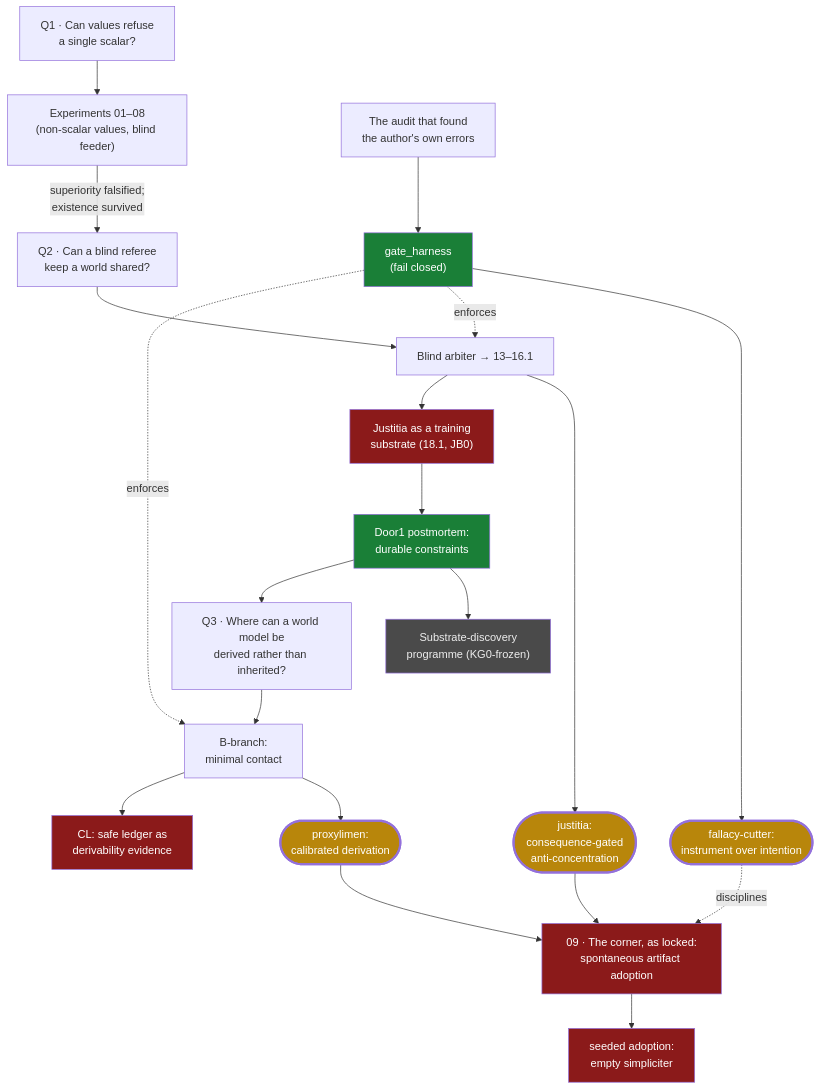
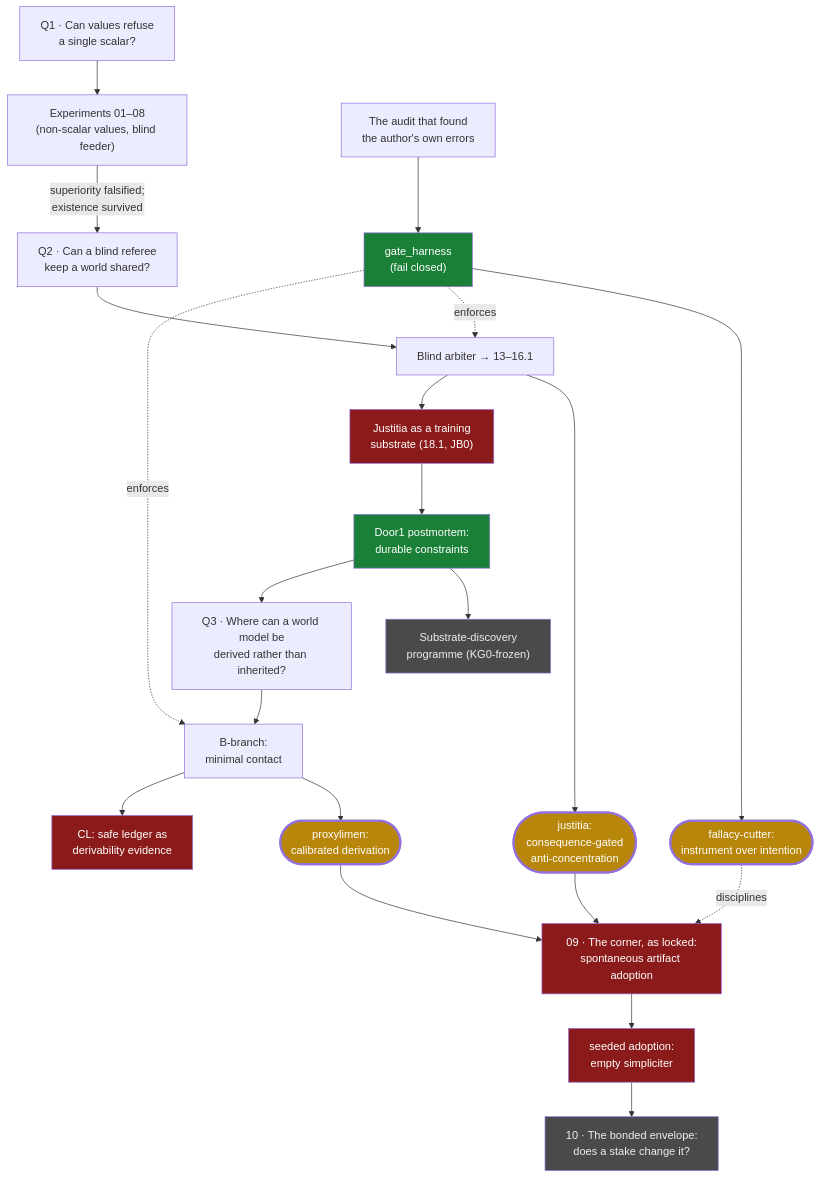
One commit to Kirill-Kruglov/ascesis changed the diagram in README.md. Above: the diagram before and after it, drawn with Mermaid. The commit also changed other lines of this file and 1 other file, not shown here.

Commit message:
Open line 10: the bonded envelope
Line 09's honest remainder becomes the next question: a free promise is
information about nothing; a stake is information about the future, posted in
a currency the future can confiscate. Anti-Shylock design constraints
(fungible, proportional, survivable, mechanical, forfeit destroyed), a Spence
arm (price without the knife), and a first-class concentration guard: if trust
can be bought, the wealthy buy it. Kill locked before any run: if verified
stakes at both levels neither recover parity nor improve held-out specificity,
this node turns red. Recorded grey before the first run, per the forge's rule.

````diff
--- a/README.md
+++ b/README.md
@@ -22,27 +22,28 @@
 ```mermaid
 flowchart TD
     classDef verified fill:#1a7f37,color:#fff
     classDef falsified fill:#8b1a1a,color:#fff
     classDef open fill:#4a4a4a,color:#eee
     classDef concl fill:#b8860b,color:#fff,stroke-width:3px
 
     Q1["Q1 · Can values refuse<br/>a single scalar?"] --> E["Experiments 01–08<br/>(non-scalar values, blind feeder)"]
     E -->|"superiority falsified;<br/>existence survived"| Q2["Q2 · Can a blind referee<br/>keep a world shared?"]
     Q2 --> J["Blind arbiter → 13–16.1"]
     J --> JC(["justitia:<br/>consequence-gated<br/>anti-concentration"]):::concl
     J --> S["Justitia as a training<br/>substrate (18.1, JB0)"]:::falsified
     S --> D1["Door1 postmortem:<br/>durable constraints"]:::verified
     D1 --> SD["Substrate-discovery<br/>programme (KG0-frozen)"]:::open
     D1 --> Q3["Q3 · Where can a world model be<br/>derived rather than inherited?"]
     Q3 --> B["B-branch:<br/>minimal contact"]
     B --> PC(["proxylimen:<br/>calibrated derivation"]):::concl
     B --> CL["CL: safe ledger as<br/>derivability evidence"]:::falsified
     A["The audit that found<br/>the author's own errors"] --> G["gate_harness<br/>(fail closed)"]:::verified
     G --> FC(["fallacy-cutter:<br/>instrument over intention"]):::concl
     G -. enforces .-> J
     G -. enforces .-> B
     PC --> X["09 · The corner, as locked:<br/>spontaneous artifact adoption"]:::falsified
     JC --> X
     FC -. disciplines .-> X
     X --> X2["seeded adoption:<br/>empty simpliciter"]:::falsified
+    X2 --> Y["10 · The bonded envelope:<br/>does a stake change it?"]:::open
 ```
````
